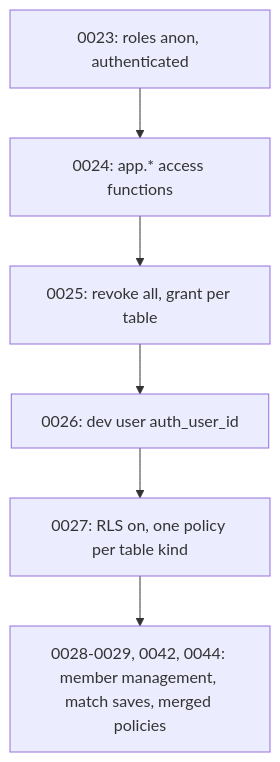
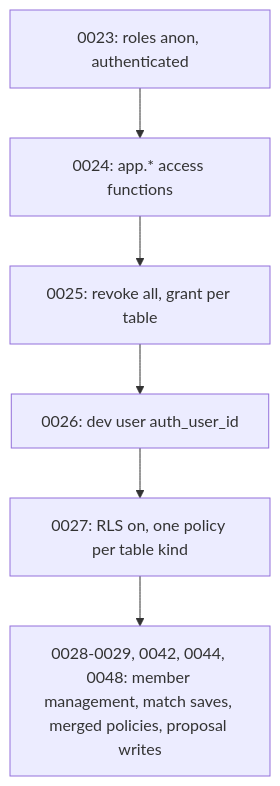
Before and after one commit to project-tech4dev/sangam: the second of 2 diagrams in openwiki/architecture/auth-roles-rls.md, drawn with Mermaid. The commit also changed other lines of this file and 41 other files, not shown here.

````diff
--- a/openwiki/architecture/auth-roles-rls.md
+++ b/openwiki/architecture/auth-roles-rls.md
@@ -199,8 +251,8 @@
 ```mermaid
 flowchart TD
     A["0023: roles anon, authenticated"] --> B["0024: app.* access functions"]
     B --> C["0025: revoke all, grant per table"]
     C --> D["0026: dev user auth_user_id"]
     D --> E["0027: RLS on, one policy per table kind"]
-    E --> F["0028-0029, 0042, 0044: member management, match saves, merged policies"]
+    E --> F["0028-0029, 0042, 0044, 0048: member management, match saves, merged policies, proposal writes"]
 ```
````
